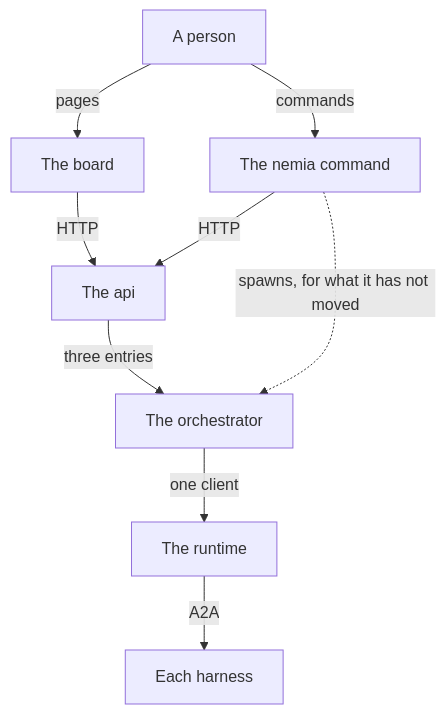
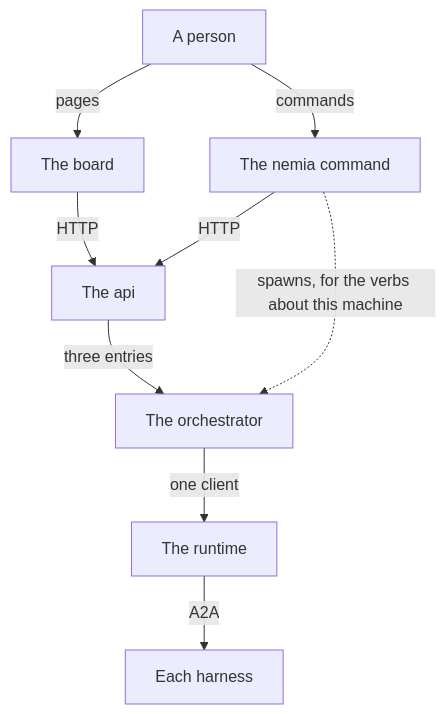
The diagram in apps/docs/src/content/docs/map.mdx (emyann/nemia), drawn with Mermaid before and after one commit. The commit also changed other lines of this file and 104 other files, not shown here.

````diff
--- a/apps/docs/src/content/docs/map.mdx
+++ b/apps/docs/src/content/docs/map.mdx
@@ -12,11 +12,11 @@
 ```mermaid
 flowchart TD
   person[A person] -->|pages| board[The board]
   person -->|commands| cli[The nemia command]
   board -->|HTTP| api[The api]
   cli -->|HTTP| api
-  cli -.->|"spawns, for what it has not moved"| orchestrator
+  cli -.->|"spawns, for the verbs about this machine"| orchestrator
   api -->|three entries| orchestrator[The orchestrator]
   orchestrator -->|one client| runtime[The runtime]
   runtime -->|A2A| harness[Each harness]
 ```
````
